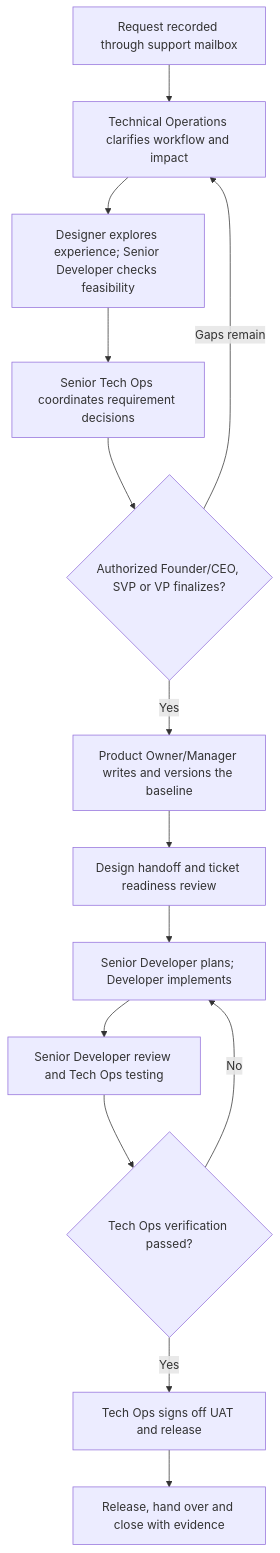
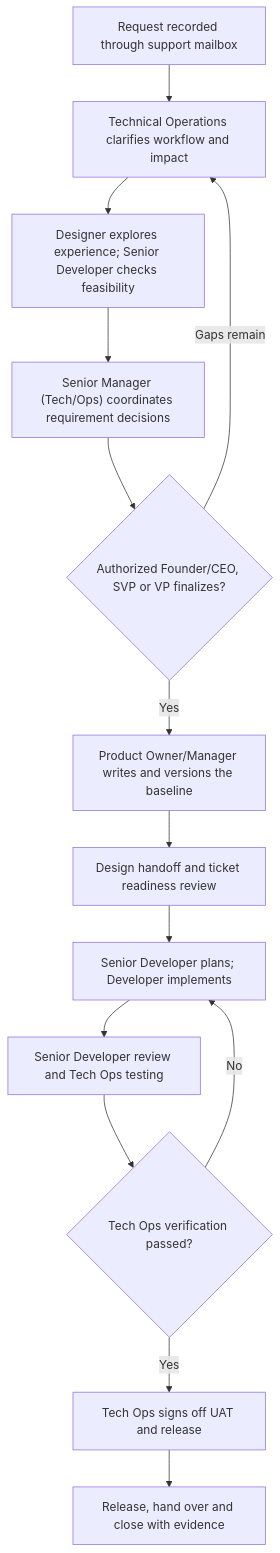
Before and after one commit to NextEdgelabs/nextedge-docs: the first of 3 diagrams in delivery/requirements-and-handoffs.mdx, drawn with Mermaid. The commit also changed other lines of this file and 14 other files, not shown here.

````diff
--- a/delivery/requirements-and-handoffs.mdx
+++ b/delivery/requirements-and-handoffs.mdx
@@ -13,16 +13,16 @@
 ```mermaid
 flowchart TB
   A["Request recorded through support mailbox"] --> B["Technical Operations clarifies workflow and impact"]
   B --> C["Designer explores experience; Senior Developer checks feasibility"]
-  C --> D["Senior Tech Ops coordinates requirement decisions"]
+  C --> D["Senior Manager (Tech/Ops) coordinates requirement decisions"]
   D --> E{"Authorized Founder/CEO, SVP or VP finalizes?"}
   E -->|Gaps remain| B
   E -->|Yes| F["Product Owner/Manager writes and versions the baseline"]
   F --> G["Design handoff and ticket readiness review"]
   G --> H["Senior Developer plans; Developer implements"]
   H --> I["Senior Developer review and Tech Ops testing"]
   I --> J{"Tech Ops verification passed?"}
   J -->|No| H
   J -->|Yes| K["Tech Ops signs off UAT and release"]
   K --> L["Release, hand over and close with evidence"]
 ```
````
